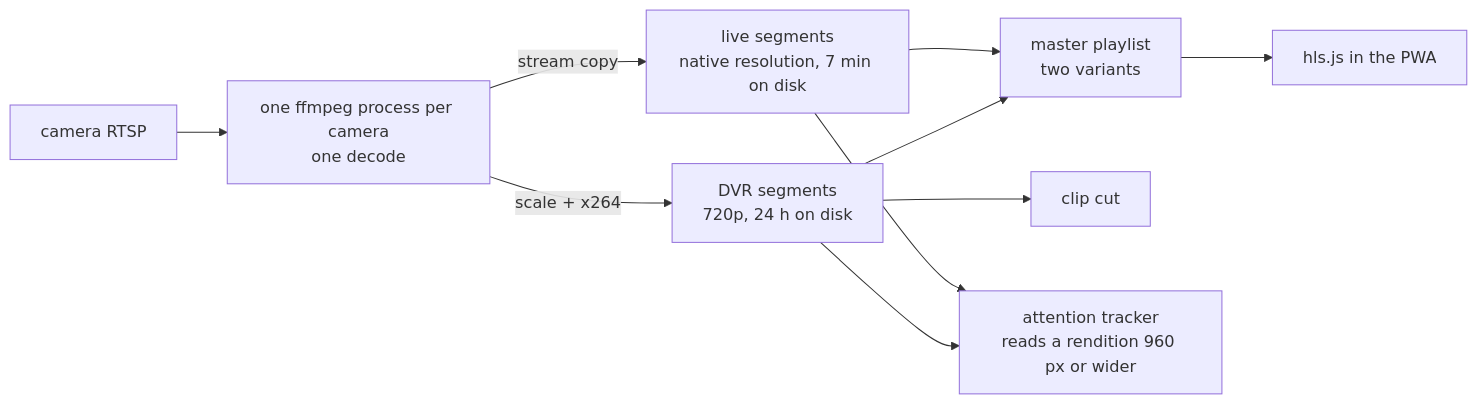
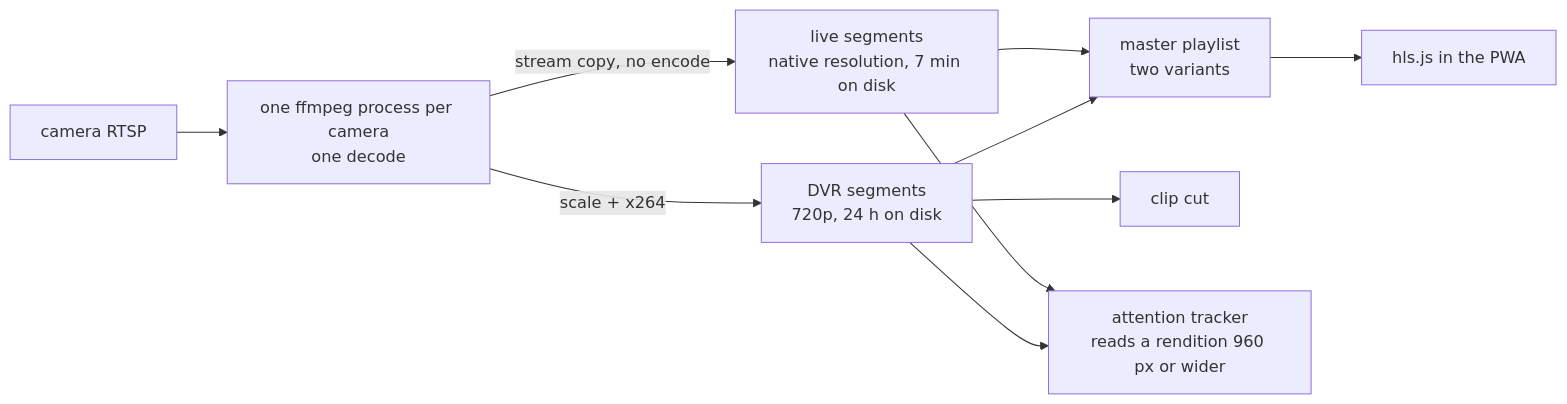
Before and after one commit to Franciskid/homelab-camera: the first of 3 diagrams in README.md, drawn with Mermaid. The commit also changed other lines of this file, not shown here.

````diff
--- a/README.md
+++ b/README.md
@@ -38,12 +38,12 @@
 ```mermaid
 flowchart LR
   cam["camera RTSP"] --> ff["one ffmpeg process per camera<br/>one decode"]
-  ff -->|"stream copy"| live["live segments<br/>native resolution, 7 min on disk"]
+  ff -->|"stream copy, no encode"| live["live segments<br/>native resolution, 7 min on disk"]
   ff -->|"scale + x264"| dvr["DVR segments<br/>720p, 24 h on disk"]
   live --> master["master playlist<br/>two variants"]
   dvr --> master
   master --> player["hls.js in the PWA"]
   dvr --> clip["clip cut"]
   live --> track["attention tracker<br/>reads a rendition 960 px or wider"]
   dvr --> track
 ```
````
